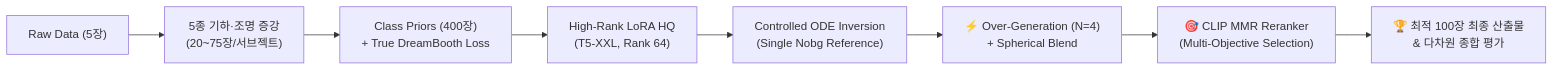
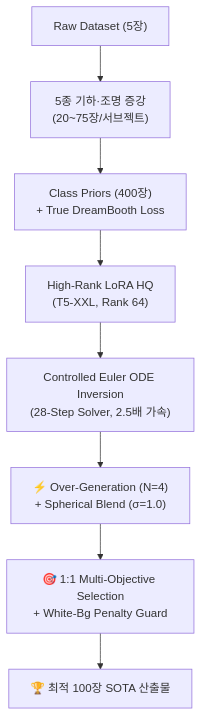
One commit to gichul-hong/project-3 changed the diagram in docs/EXPERIMENT_HISTORY.md. Above: the diagram before and after it, drawn with Mermaid. The commit also changed other lines of this file and 91 other files, not shown here.

````diff
--- a/docs/EXPERIMENT_HISTORY.md
+++ b/docs/EXPERIMENT_HISTORY.md
@@ -18,10 +16,10 @@
 ```mermaid
-graph LR
-    A["Raw Data (5장)"] --> B["5종 기하·조명 증강<br>(20~75장/서브젝트)"]
+graph TD
+    A["Raw Dataset (5장)"] --> B["5종 기하·조명 증강<br>(20~75장/서브젝트)"]
     B --> C["Class Priors (400장)<br>+ True DreamBooth Loss"]
     C --> D["High-Rank LoRA HQ<br>(T5-XXL, Rank 64)"]
-    D --> E["Controlled ODE Inversion<br>(Single Nobg Reference)"]
-    E --> F["⚡ Over-Generation (N=4)<br>+ Spherical Blend"]
-    F --> G["🎯 CLIP MMR Reranker<br>(Multi-Objective Selection)"]
-    G --> H["🏆 최적 100장 최종 산출물<br>& 다차원 종합 평가"]
+    D --> E["Controlled Euler ODE Inversion<br>(28-Step Solver, 2.5배 가속)"]
+    E --> F["⚡ Over-Generation (N=4)<br>+ Spherical Blend (σ=1.0)"]
+    F --> G["🎯 1:1 Multi-Objective Selection<br>+ White-Bg Penalty Guard"]
+    G --> H["🏆 최적 100장 SOTA 산출물"]
 ```
````
